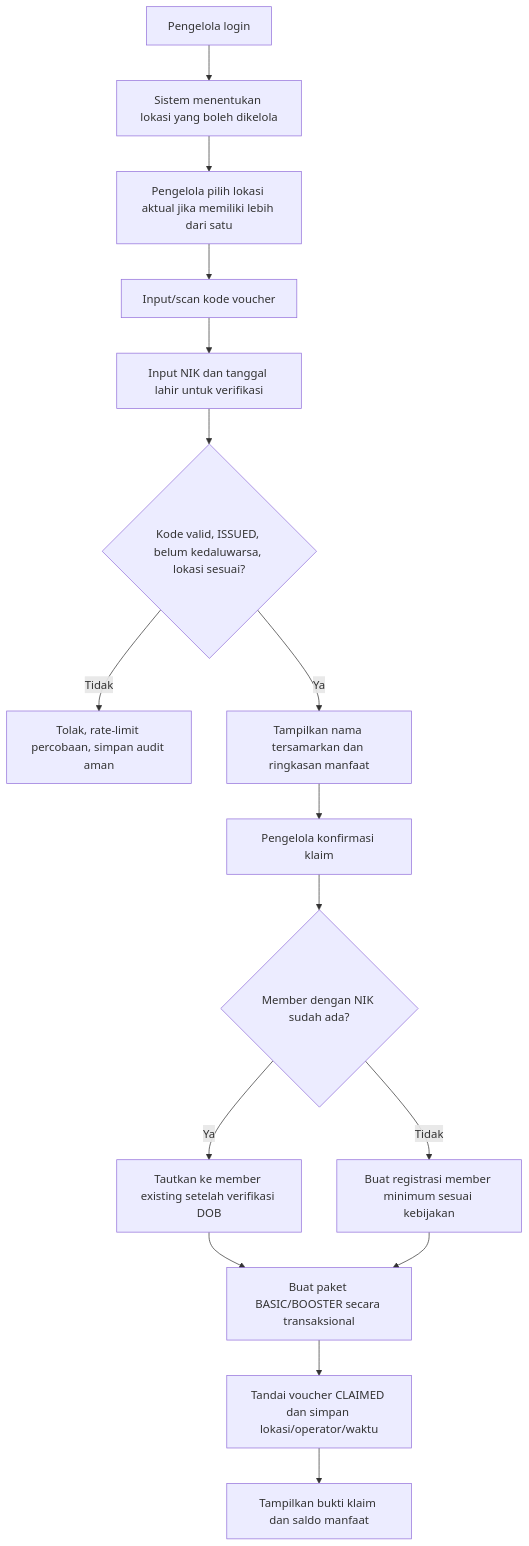
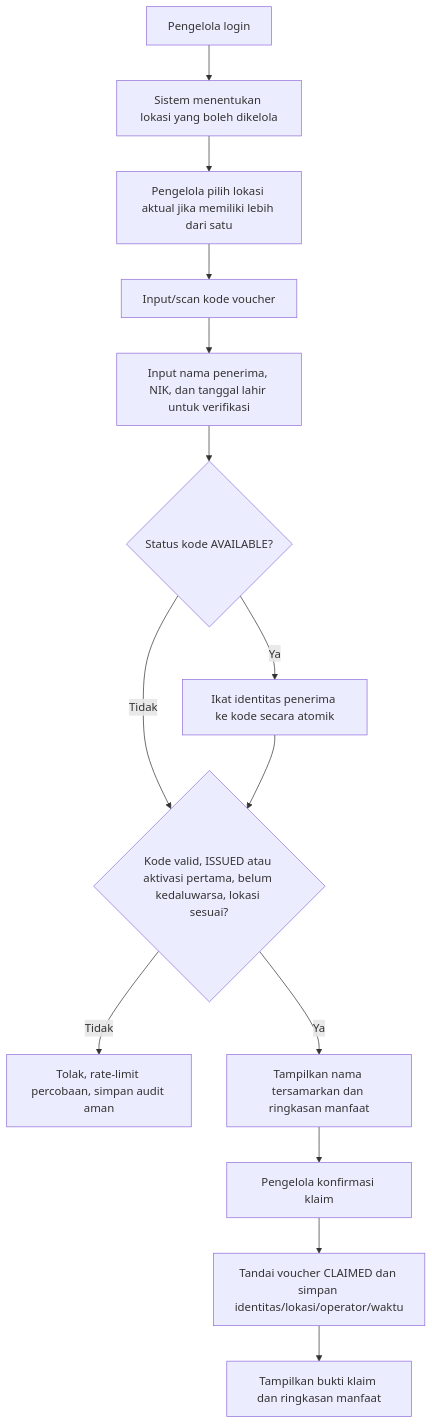
Before and after one commit to TatangSteam/RAHO_APPS: the third of 3 diagrams in docs/REQUIREMENT_FLOW_VOUCHER_PARTNERSHIP.md, drawn with Mermaid. The commit also changed other lines of this file and 29 other files, not shown here.

Commit message:
feat(voucher): add standalone partnership voucher claim flow

````diff
--- a/docs/REQUIREMENT_FLOW_VOUCHER_PARTNERSHIP.md
+++ b/docs/REQUIREMENT_FLOW_VOUCHER_PARTNERSHIP.md
@@ -213,18 +209,16 @@
 ```mermaid
 flowchart TD
     A[Pengelola login] --> B[Sistem menentukan lokasi yang boleh dikelola]
     B --> C[Pengelola pilih lokasi aktual jika memiliki lebih dari satu]
     C --> D[Input/scan kode voucher]
-    D --> E[Input NIK dan tanggal lahir untuk verifikasi]
-    E --> F{Kode valid, ISSUED, belum kedaluwarsa, lokasi sesuai?}
+    D --> E[Input nama penerima, NIK, dan tanggal lahir untuk verifikasi]
+    E --> E1{Status kode AVAILABLE?}
+    E1 -- Ya --> E2[Ikat identitas penerima ke kode secara atomik]
+    E1 -- Tidak --> F
+    E2 --> F{Kode valid, ISSUED atau aktivasi pertama, belum kedaluwarsa, lokasi sesuai?}
     F -- Tidak --> G[Tolak, rate-limit percobaan, simpan audit aman]
     F -- Ya --> H[Tampilkan nama tersamarkan dan ringkasan manfaat]
     H --> I[Pengelola konfirmasi klaim]
-    I --> J{Member dengan NIK sudah ada?}
-    J -- Ya --> K[Tautkan ke member existing setelah verifikasi DOB]
-    J -- Tidak --> L[Buat registrasi member minimum sesuai kebijakan]
-    K --> M[Buat paket BASIC/BOOSTER secara transaksional]
-    L --> M
-    M --> N[Tandai voucher CLAIMED dan simpan lokasi/operator/waktu]
-    N --> O[Tampilkan bukti klaim dan saldo manfaat]
+    I --> J[Tandai voucher CLAIMED dan simpan identitas/lokasi/operator/waktu]
+    J --> K[Tampilkan bukti klaim dan ringkasan manfaat]
 ```
````
